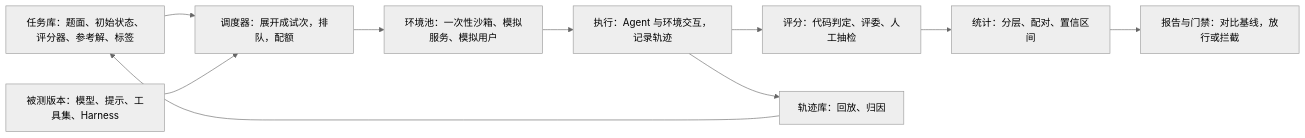
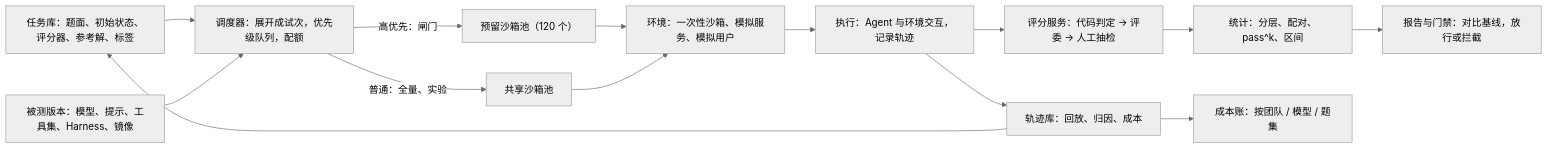
The diagram in kb/design/04-agent-eval-platform/README.md (jyniki/agent-interview-kb), drawn with Mermaid (neutral theme) before and after one commit. The commit also changed other lines of this file and 10 other files, not shown here.

````diff
--- a/kb/design/04-agent-eval-platform/README.md
+++ b/kb/design/04-agent-eval-platform/README.md
@@ -49,12 +144,16 @@
 ```mermaid
 flowchart LR
-    D["任务库：题面、初始状态、评分器、参考解、标签"] --> R["调度器：展开成试次，排队，配额"]
-    V["被测版本：模型、提示、工具集、Harness"] --> R
-    R --> E["环境池：一次性沙箱、模拟服务、模拟用户"]
+    D["任务库：题面、初始状态、评分器、参考解、标签"] --> Q["调度器：展开成试次，优先级队列，配额"]
+    V["被测版本：模型、提示、工具集、Harness、镜像"] --> Q
+    Q -->|"高优先：闸门"| P1["预留沙箱池（120 个）"]
+    Q -->|"普通：全量、实验"| P2["共享沙箱池"]
+    P1 --> E["环境：一次性沙箱、模拟服务、模拟用户"]
+    P2 --> E
     E --> X["执行：Agent 与环境交互，记录轨迹"]
-    X --> G["评分：代码判定、评委、人工抽检"]
-    G --> S["统计：分层、配对、置信区间"]
-    S --> P["报告与门禁：对比基线，放行或拦截"]
-    X --> T["轨迹库：回放、归因"]
+    X --> G["评分服务：代码判定 → 评委 → 人工抽检"]
+    G --> S["统计：分层、配对、pass^k、区间"]
+    S --> R["报告与门禁：对比基线，放行或拦截"]
+    X --> T["轨迹库：回放、归因、成本"]
     T --> D
+    T --> B["成本账：按团队 / 模型 / 题集"]
 ```
````
